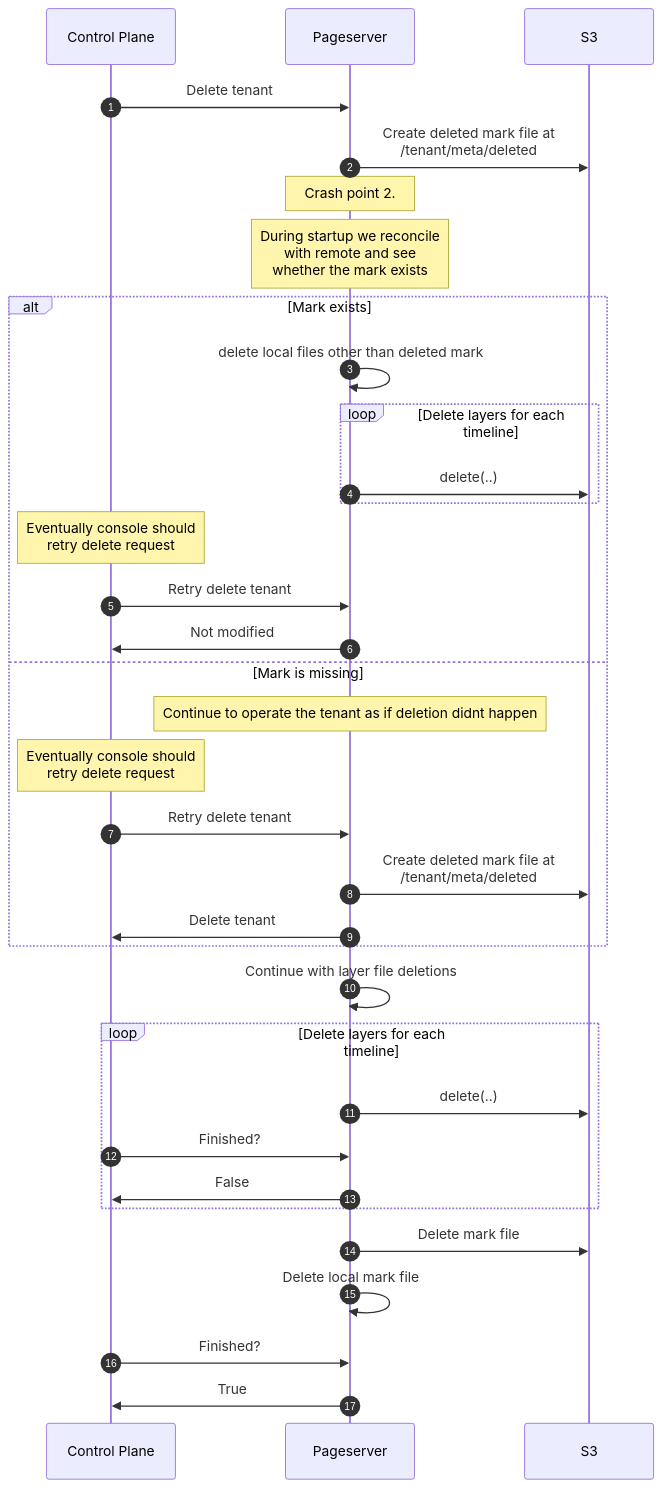
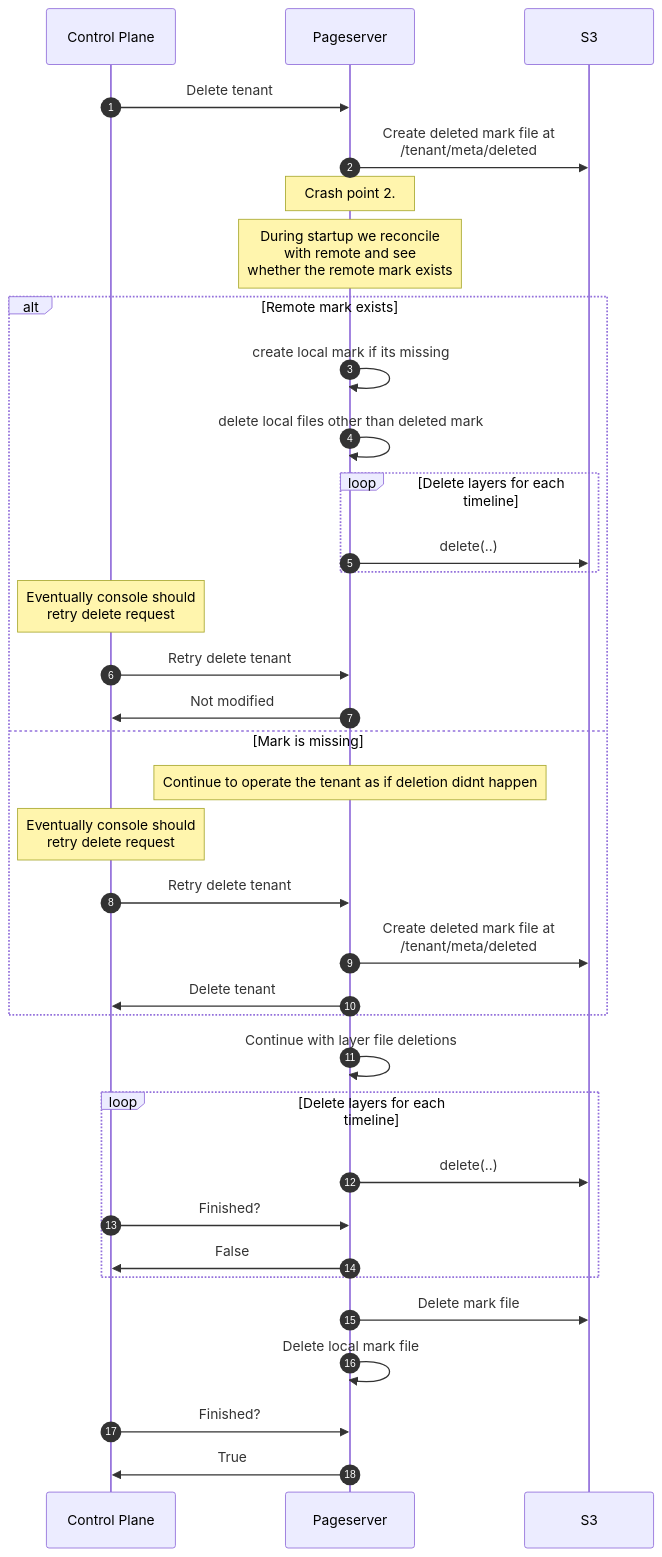
Before and after one commit to neondatabase/neon: the third of 3 diagrams in docs/rfcs/022-pageserver-delete-from-s3.md, drawn with Mermaid. The commit also changed other lines of this file, not shown here.

Commit message:
rfc: clean up wording, remove redundant sequence diagram

````diff
--- a/docs/rfcs/022-pageserver-delete-from-s3.md
+++ b/docs/rfcs/022-pageserver-delete-from-s3.md
@@ -120,45 +120,46 @@
 ```mermaid
 sequenceDiagram
     autonumber
     participant CP as Control Plane
     participant PS as Pageserver
     participant S3
 
     CP->>PS: Delete tenant
     PS->>S3: Create deleted mark file at <br> /tenant/meta/deleted
 
     note over PS: Crash point 2.
-    note over PS: During startup we reconcile <br> with remote and see <br> whether the mark exists
-    alt Mark exists
+    note over PS: During startup we reconcile <br> with remote and see <br> whether the remote mark exists
+    alt Remote mark exists
+        PS->>PS: create local mark if its missing
         PS->>PS: delete local files other than deleted mark
         loop Delete layers for each timeline
             PS->>S3: delete(..)
         end
 
         note over CP: Eventually console should <br> retry delete request
 
         CP->>PS: Retry delete tenant
         PS->>CP: Not modified
     else Mark is missing
         note over PS: Continue to operate the tenant as if deletion didnt happen
 
         note over CP: Eventually console should <br> retry delete request
 
         CP->>PS: Retry delete tenant
         PS->>S3: Create deleted mark file at <br> /tenant/meta/deleted
         PS->>CP: Delete tenant
     end
 
     PS->>PS: Continue with layer file deletions
     loop Delete layers for each timeline
         PS->>S3: delete(..)
         CP->>PS: Finished?
         PS->>CP: False
     end
 
     PS->>S3: Delete mark file
     PS->>PS: Delete local mark file
 
     CP->>PS: Finished?
     PS->>CP: True
 ```
````
